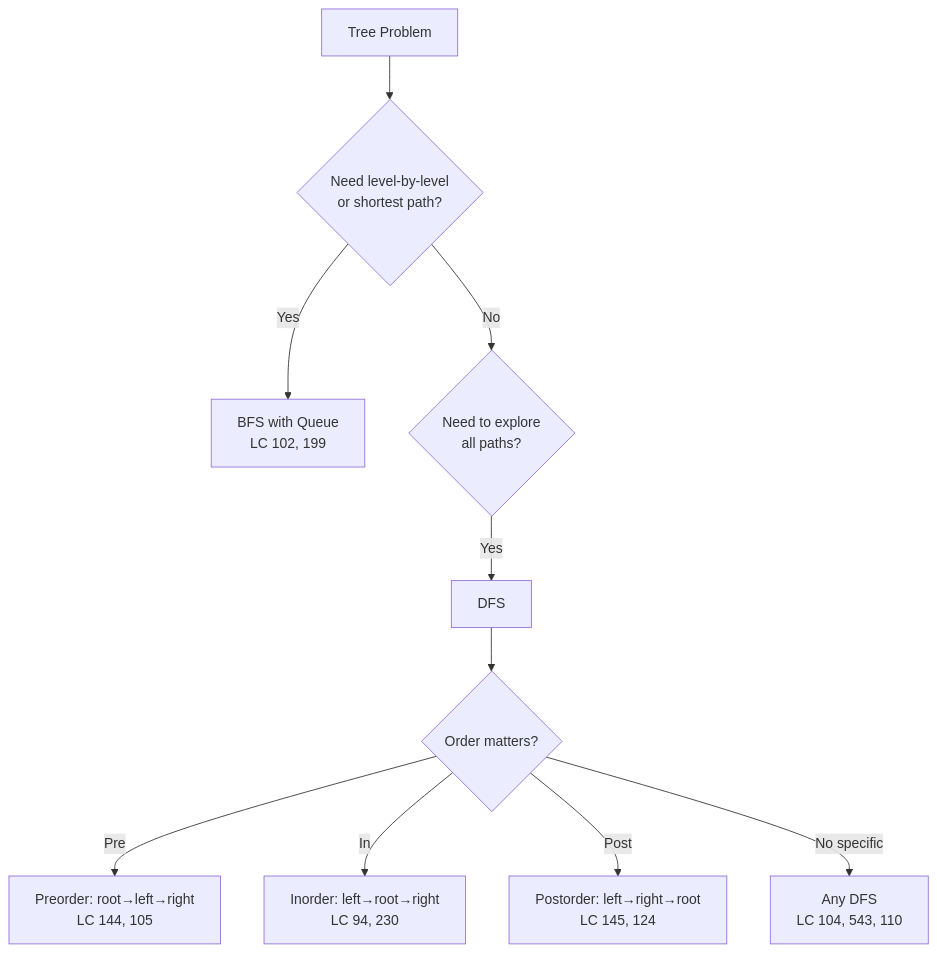
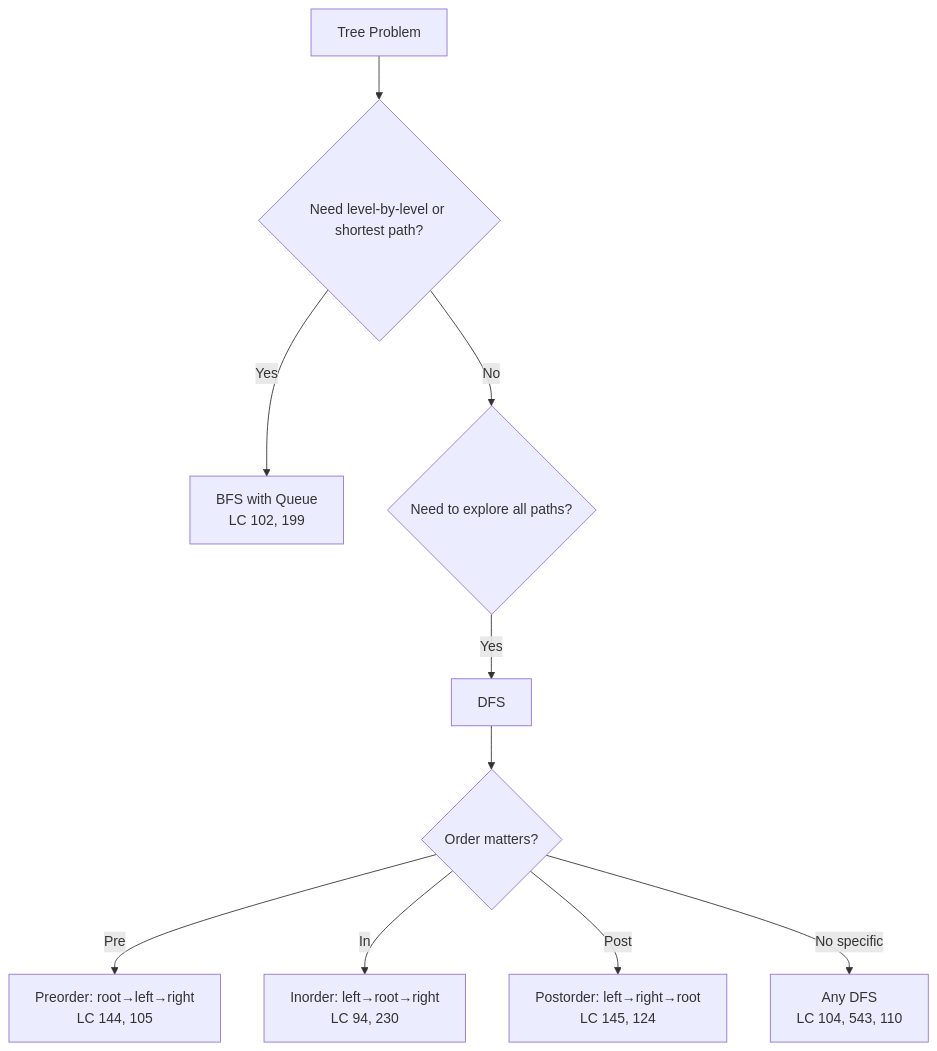
The first of 6 diagrams in trees/README.md (deepanshu-rawat6/AlgoAtlas), drawn with Mermaid before and after one commit. The commit also changed other lines of this file and 43 other files, not shown here.

````diff
--- a/trees/README.md
+++ b/trees/README.md
@@ -60,12 +60,12 @@
 ```mermaid
 flowchart TD
-    A[Tree Problem] --> B{Need level-by-level<br>or shortest path?}
+    A[Tree Problem] --> B{"Need level-by-level or shortest path?"}
     B -- Yes --> C[BFS with Queue<br>LC 102, 199]
-    B -- No --> D{Need to explore<br>all paths?}
+    B -- No --> D{"Need to explore all paths?"}
     D -- Yes --> E[DFS]
-    E --> F{Order matters?}
+    E --> F{"Order matters?"}
     F -- Pre --> G[Preorder: root→left→right<br>LC 144, 105]
     F -- In --> H[Inorder: left→root→right<br>LC 94, 230]
     F -- Post --> I[Postorder: left→right→root<br>LC 145, 124]
     F -- No specific --> J[Any DFS<br>LC 104, 543, 110]
 ```
````
